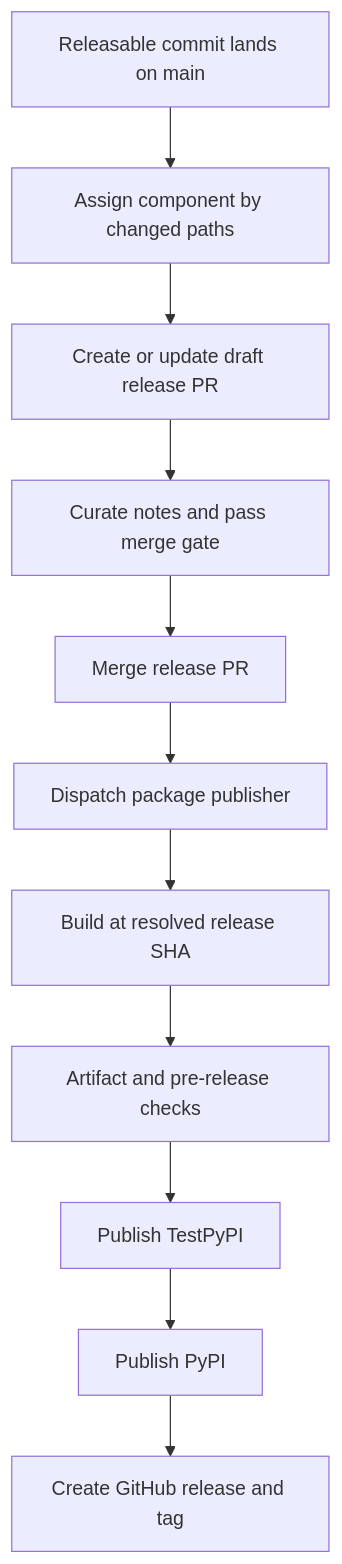
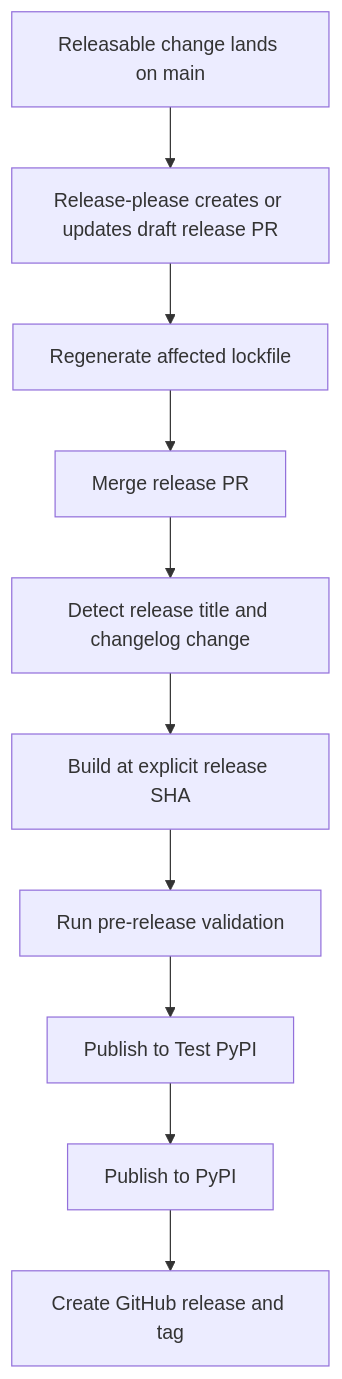
Before and after one commit to langchain-ai/deepagents: the second of 2 diagrams in openwiki/operations/development.md, drawn with Mermaid. The commit also changed other lines of this file and 55 other files, not shown here.

````diff
--- a/openwiki/operations/development.md
+++ b/openwiki/operations/development.md
@@ -157,13 +149,12 @@
 ```mermaid
 flowchart TD
-    Land["Releasable commit lands on main"] --> Scope["Assign component by changed paths"]
-    Scope --> ReleasePR["Create or update draft release PR"]
-    ReleasePR --> Notes["Curate notes and pass merge gate"]
-    Notes --> Merge["Merge release PR"]
-    Merge --> Dispatch["Dispatch package publisher"]
-    Dispatch --> Build["Build at resolved release SHA"]
-    Build --> Checks["Artifact and pre-release checks"]
-    Checks --> TestPyPI["Publish TestPyPI"]
-    TestPyPI --> PyPI["Publish PyPI"]
-    PyPI --> Tag["Create GitHub release and tag"]
+    Main["Releasable change lands on main"] --> ReleasePR["Release-please creates or updates draft release PR"]
+    ReleasePR --> Lock["Regenerate affected lockfile"]
+    Lock --> Merge["Merge release PR"]
+    Merge --> Detect["Detect release title and changelog change"]
+    Detect --> Build["Build at explicit release SHA"]
+    Build --> Verify["Run pre-release validation"]
+    Verify --> Test["Publish to Test PyPI"]
+    Test --> Publish["Publish to PyPI"]
+    Publish --> Tag["Create GitHub release and tag"]
 ```
````
